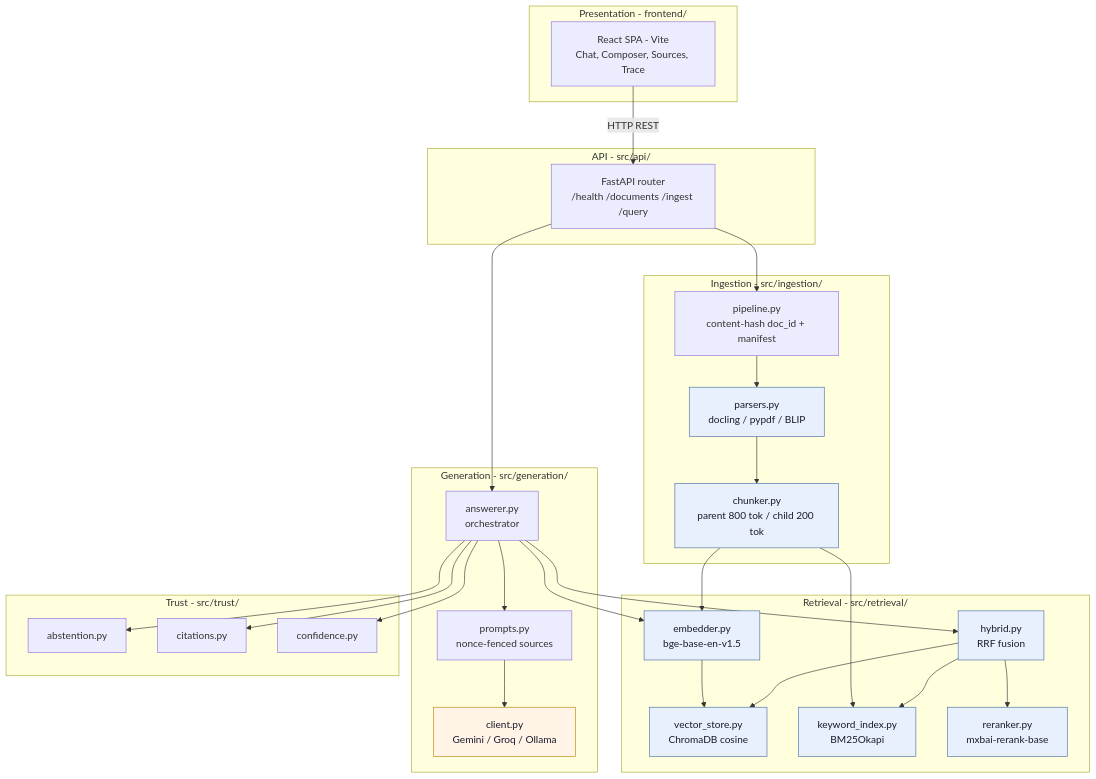
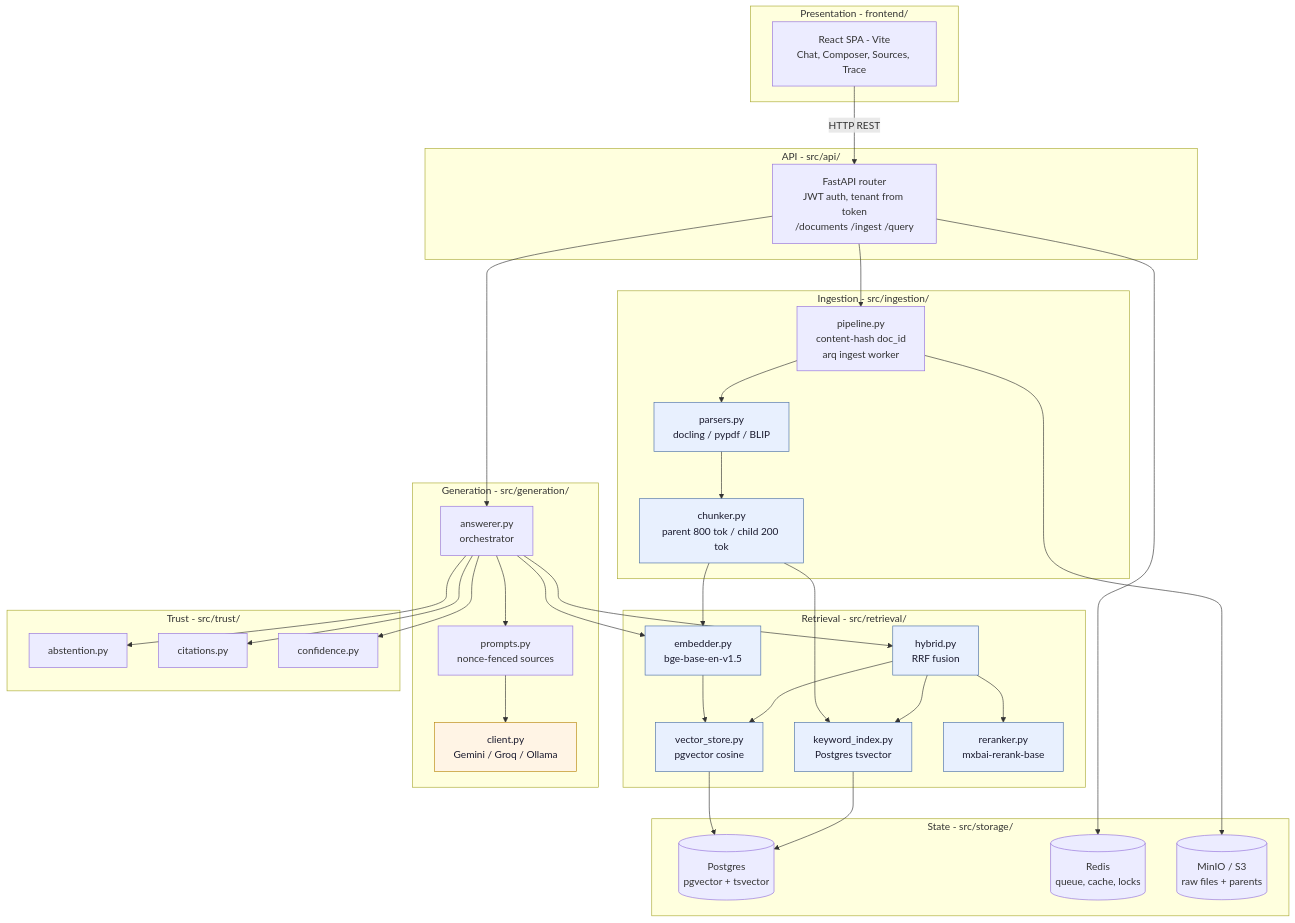
One commit to nishanthsr7-eng/smart-document-assistant changed the diagram in docs/diagrams/01-system-architecture.mmd. Above: the diagram before and after it, drawn with Mermaid. The commit also changed 31 other files, not shown here.

```diff
--- a/docs/diagrams/01-system-architecture.mmd
+++ b/docs/diagrams/01-system-architecture.mmd
@@ -1,55 +1,65 @@
 graph TB
     subgraph FE["Presentation - frontend/"]
         UI["React SPA - Vite<br/>Chat, Composer, Sources, Trace"]
     end
 
     subgraph API["API - src/api/"]
-        R["FastAPI router<br/>/health /documents /ingest /query"]
+        R["FastAPI router<br/>JWT auth, tenant from token<br/>/documents /ingest /query"]
     end
 
     subgraph ING["Ingestion - src/ingestion/"]
         P["parsers.py<br/>docling / pypdf / BLIP"]
         C["chunker.py<br/>parent 800 tok / child 200 tok"]
-        PL["pipeline.py<br/>content-hash doc_id + manifest"]
+        PL["pipeline.py<br/>content-hash doc_id<br/>arq ingest worker"]
     end
 
     subgraph RET["Retrieval - src/retrieval/"]
         E["embedder.py<br/>bge-base-en-v1.5"]
-        V["vector_store.py<br/>ChromaDB cosine"]
-        K["keyword_index.py<br/>BM25Okapi"]
+        V["vector_store.py<br/>pgvector cosine"]
+        K["keyword_index.py<br/>Postgres tsvector"]
         H["hybrid.py<br/>RRF fusion"]
         RR["reranker.py<br/>mxbai-rerank-base"]
     end
 
     subgraph GEN["Generation - src/generation/"]
         A["answerer.py<br/>orchestrator"]
         PR["prompts.py<br/>nonce-fenced sources"]
         CL["client.py<br/>Gemini / Groq / Ollama"]
     end
 
     subgraph TR["Trust - src/trust/"]
         AB["abstention.py"]
         CI["citations.py"]
         CF["confidence.py"]
     end
 
+    subgraph ST["State - src/storage/"]
+        PG[("Postgres<br/>pgvector + tsvector")]
+        RD[("Redis<br/>queue, cache, locks")]
+        S3[("MinIO / S3<br/>raw files + parents")]
+    end
+
     UI -->|"HTTP REST"| R
     R --> PL
     R --> A
     PL --> P --> C --> E
     E --> V
+    V --> PG
+    K --> PG
+    PL --> S3
+    R --> RD
     C --> K
     A --> E
     A --> H
     H --> V
     H --> K
     H --> RR
     A --> AB
     A --> PR --> CL
     A --> CI
     A --> CF
 
     classDef local fill:#e8f0fe,stroke:#4a6fa5,color:#1a1a2e
     classDef cloud fill:#fff4e5,stroke:#b8860b,color:#1a1a2e
     class E,V,K,H,RR,P,C local
     class CL cloud
```
